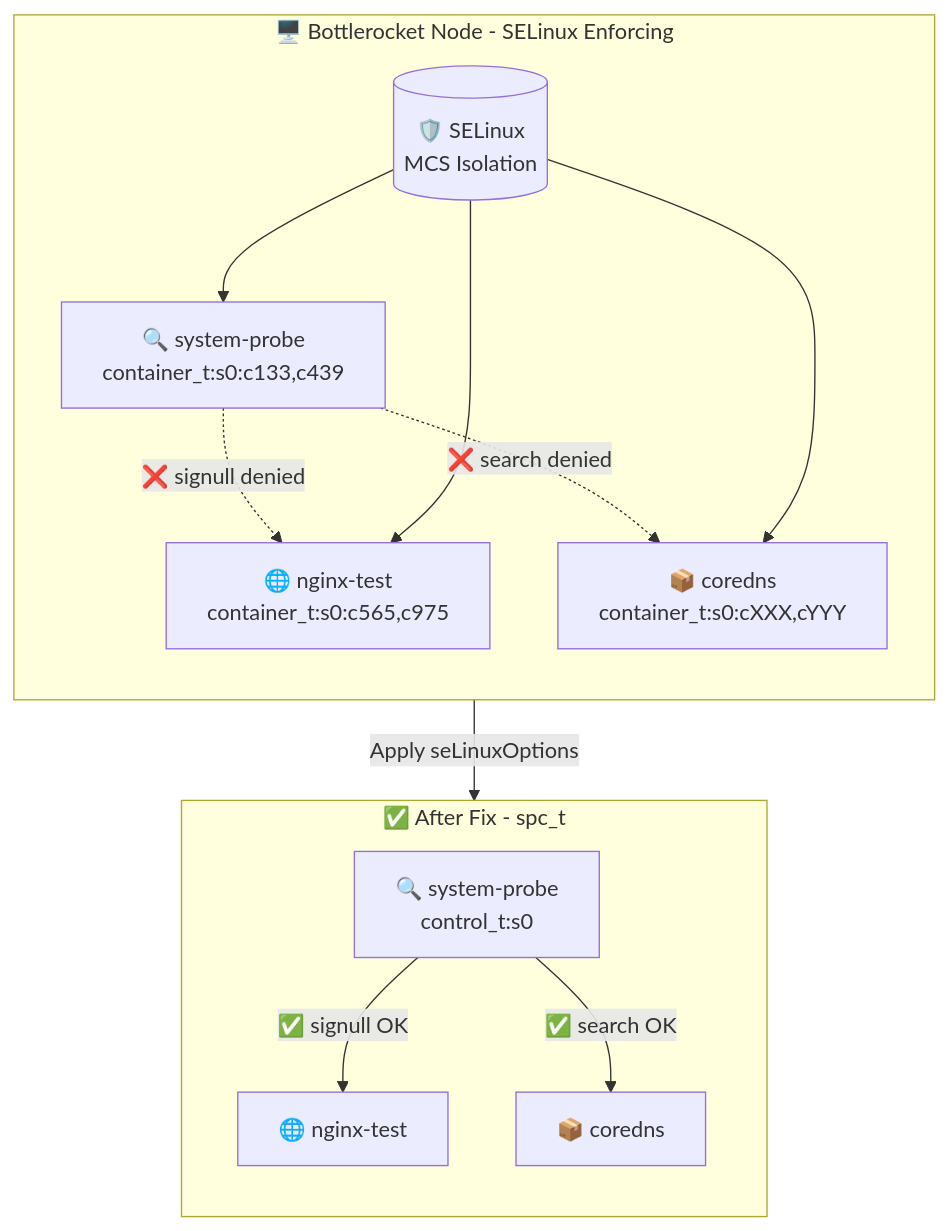
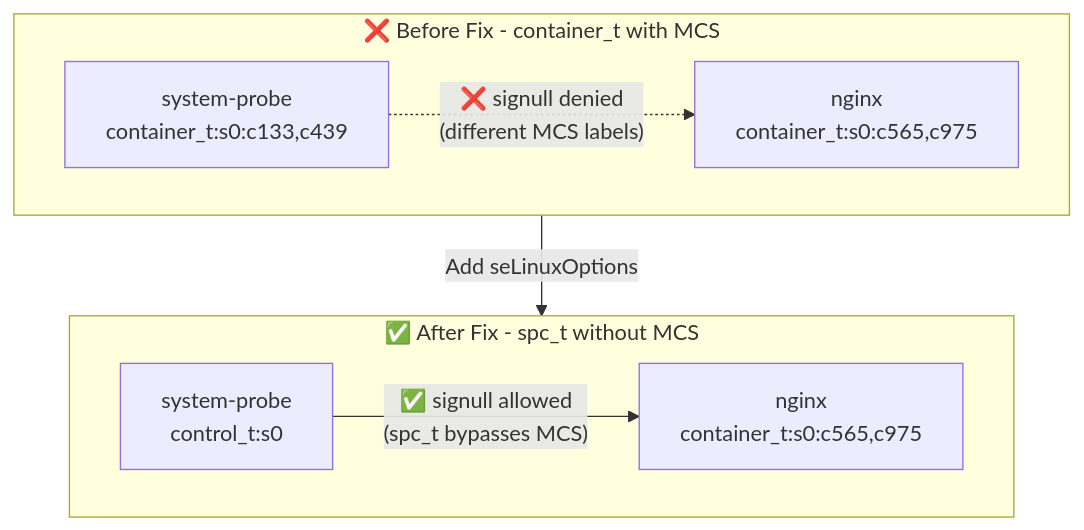
Before and after one commit to ddalexvea/datadog-agent-eks-cluster-bottlerocket: the second of 2 diagrams in README.md, drawn with Mermaid. The commit also changed other lines of this file, not shown here.

First line of the commit message:
Enhance README with architecture and security details

````diff
--- a/README.md
+++ b/README.md
@@ -57,31 +101,16 @@
 ```mermaid
 flowchart TB
-    subgraph bottlerocket["🖥️ Bottlerocket Node - SELinux Enforcing"]
-        direction TB
-        
-        sp["🔍 system-probe<br/>container_t:s0:c133,c439"]
-        nginx["🌐 nginx-test<br/>container_t:s0:c565,c975"]
-        coredns["📦 coredns<br/>container_t:s0:cXXX,cYYY"]
-        
-        selinux[("🛡️ SELinux<br/>MCS Isolation")]
-        
-        sp -. "❌ signull denied" .-> nginx
-        sp -. "❌ search denied" .-> coredns
-        
-        selinux --> sp
-        selinux --> nginx
-        selinux --> coredns
+    subgraph before["❌ Before Fix - container_t with MCS"]
+        sp1["system-probe<br/>container_t:s0:c133,c439"]
+        nginx1["nginx<br/>container_t:s0:c565,c975"]
+        sp1 -. "❌ signull denied<br/>(different MCS labels)" .-> nginx1
     end
     
-    subgraph fix["✅ After Fix - spc_t"]
-        direction TB
-        sp2["🔍 system-probe<br/>control_t:s0"]
-        nginx2["🌐 nginx-test"]
-        coredns2["📦 coredns"]
-        
-        sp2 -- "✅ signull OK" --> nginx2
-        sp2 -- "✅ search OK" --> coredns2
+    subgraph after["✅ After Fix - spc_t without MCS"]
+        sp2["system-probe<br/>control_t:s0"]
+        nginx2["nginx<br/>container_t:s0:c565,c975"]
+        sp2 -- "✅ signull allowed<br/>(spc_t bypasses MCS)" --> nginx2
     end
     
-    bottlerocket --> |"Apply seLinuxOptions"| fix
+    before --> |"Add seLinuxOptions"| after
 ```
````
